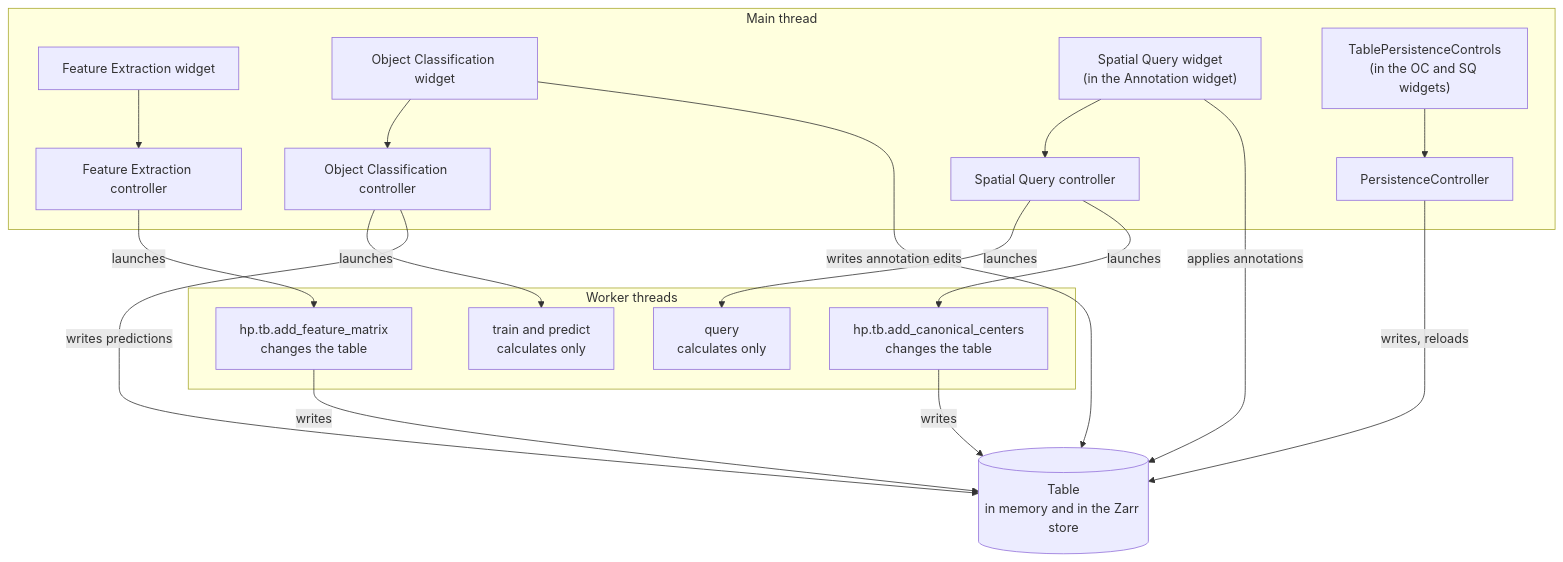
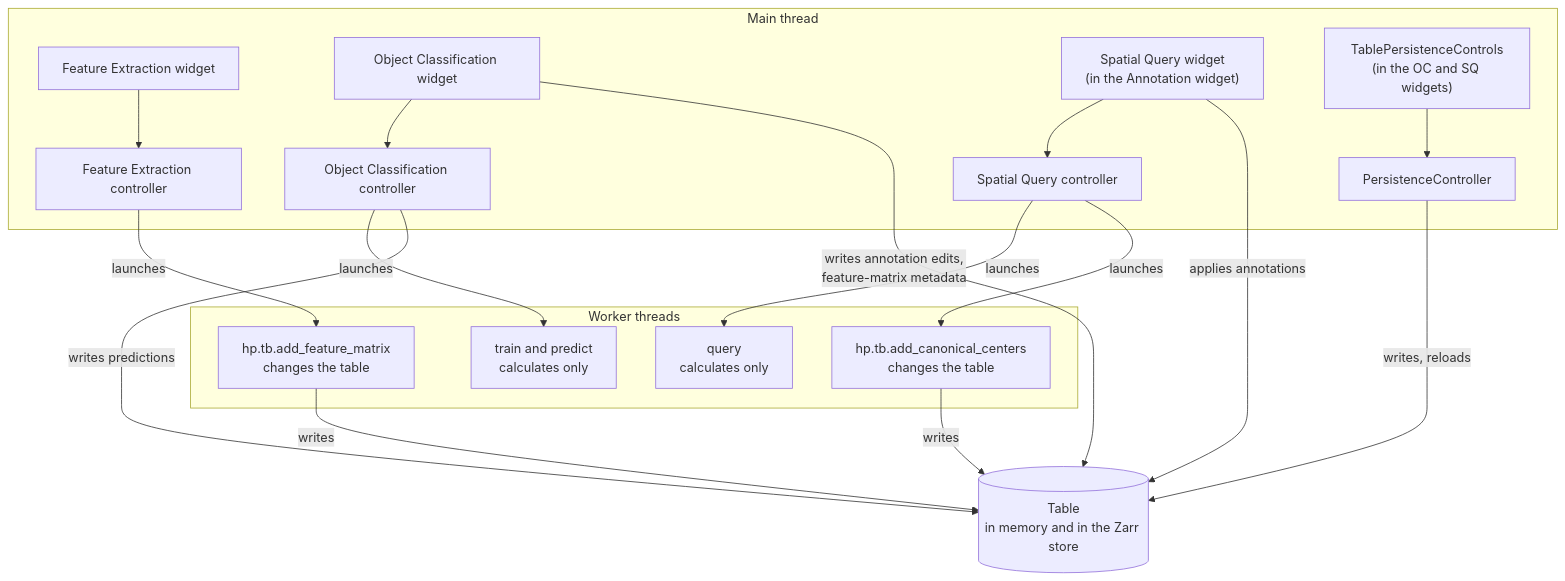
The first of 2 diagrams in docs/development/table_state.md (vibspatial/spatiato), drawn with Mermaid before and after one commit. The commit also changed other lines of this file, not shown here.

````diff
--- a/docs/development/table_state.md
+++ b/docs/development/table_state.md
@@ -108,29 +108,29 @@
 ```mermaid
 flowchart TB
     subgraph main["Main thread"]
         FEW["Feature Extraction widget"]
         FEC["Feature Extraction controller"]
         OCW["Object Classification widget"]
         OCC["Object Classification controller"]
         SQW["Spatial Query widget<br/>(in the Annotation widget)"]
         SQC["Spatial Query controller"]
         PC["TablePersistenceControls<br/>(in the OC and SQ widgets)"]
         PCC["PersistenceController"]
     end
     subgraph workers["Worker threads"]
         FEJ["hp.tb.add_feature_matrix<br/>changes the table"]
         OCJ["train and predict<br/>calculates only"]
         SQJC["hp.tb.add_canonical_centers<br/>changes the table"]
         SQJ["query<br/>calculates only"]
     end
     T[("Table<br/>in memory and in the Zarr store")]
 
     FEW --> FEC -- launches --> FEJ -- writes --> T
     OCW --> OCC -- launches --> OCJ
     SQW --> SQC -- launches --> SQJ
     SQC -- launches --> SQJC -- writes --> T
-    OCW -- "writes annotation edits" --> T
+    OCW -- "writes annotation edits,<br/>feature-matrix metadata" --> T
     OCC -- "writes predictions" --> T
     SQW -- "applies annotations" --> T
     PC --> PCC -- "writes, reloads" --> T
 ```
````
